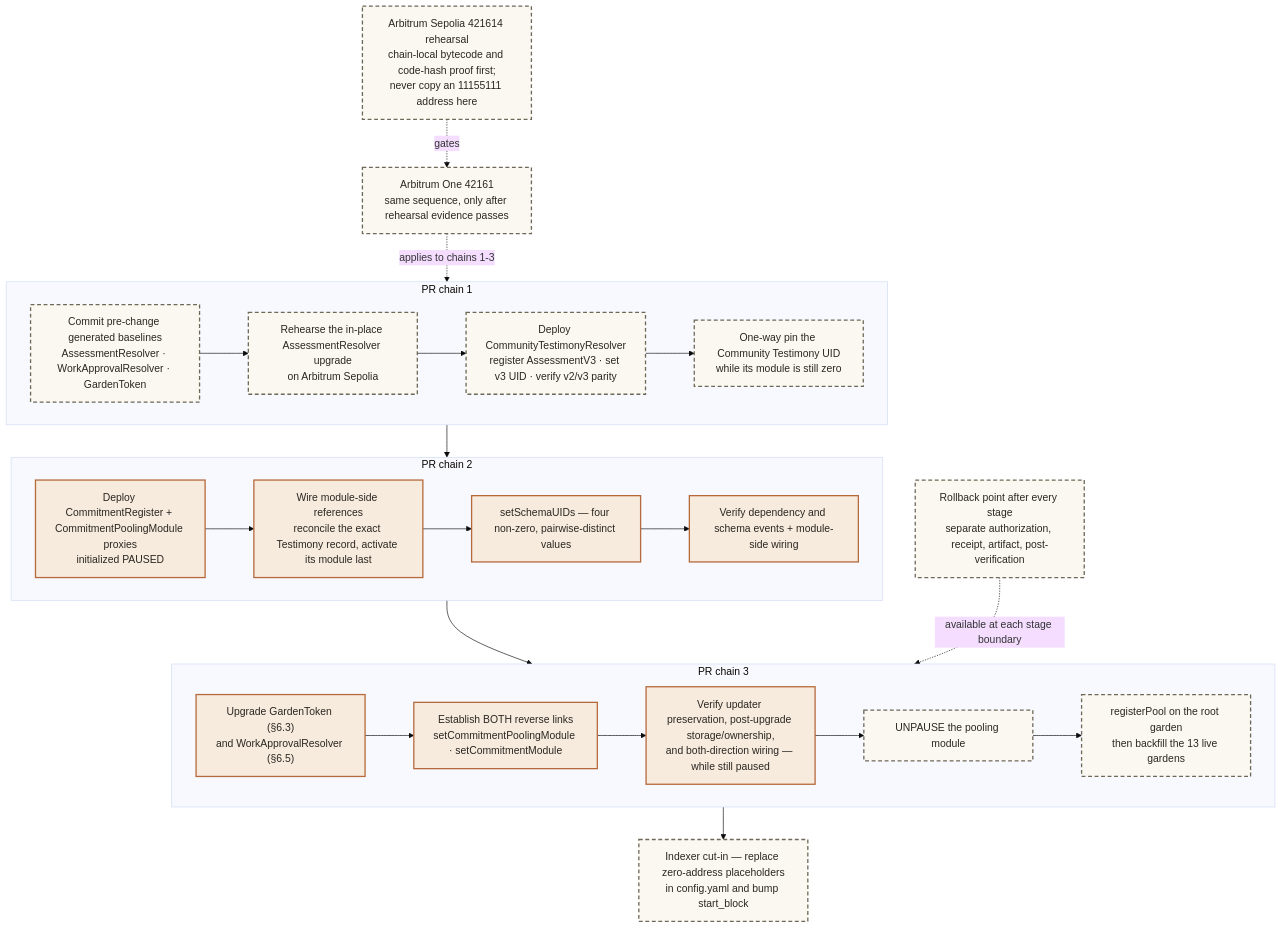
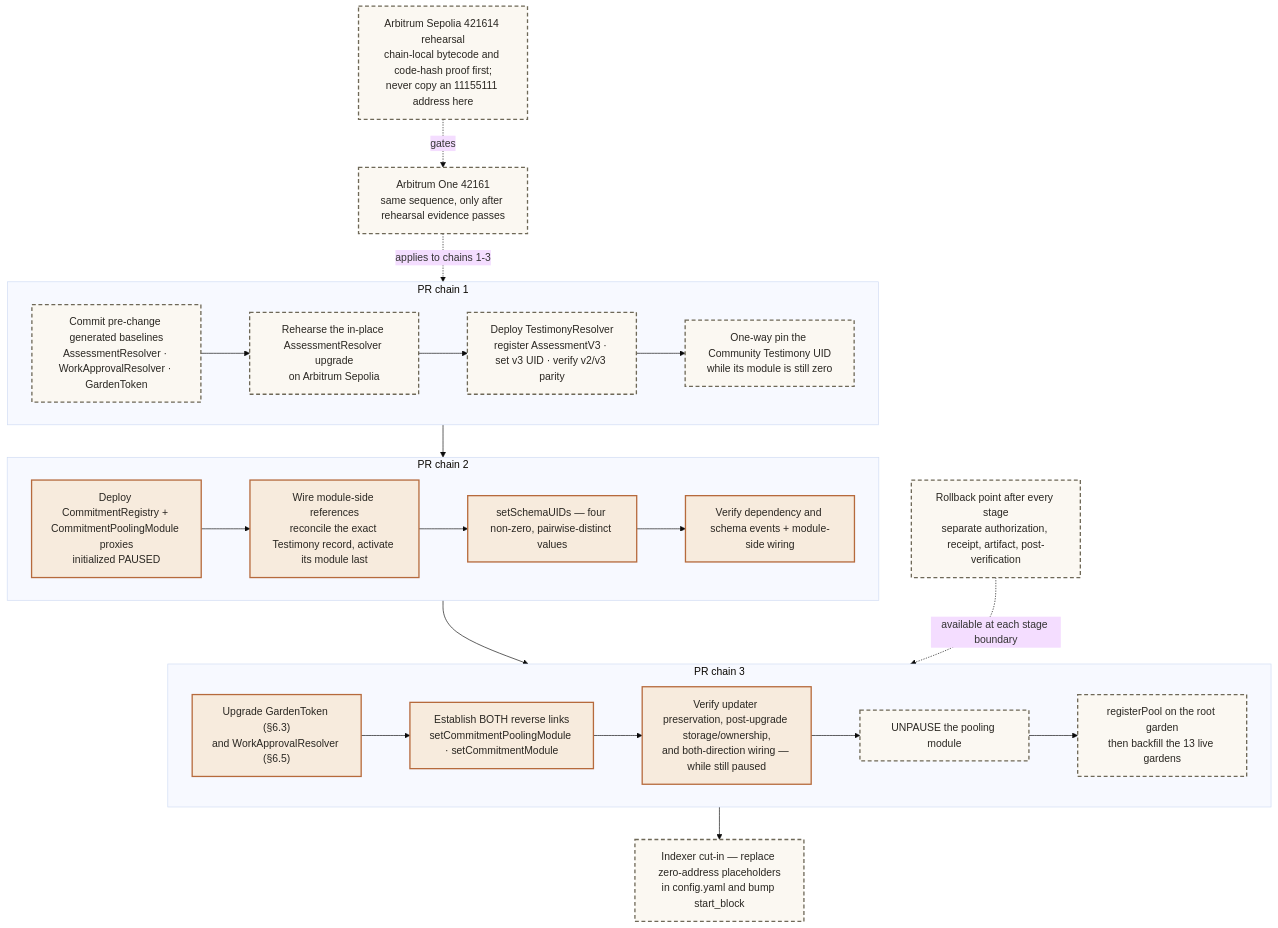
Before and after one commit to greenpill-dev-guild/green-goods: diagram 31 of 38 in .plans/active/commitment-pooling/diagrams.md, drawn with Mermaid (base theme). The commit also changed other lines of this file and 58 other files, not shown here.

First line of the commit message:
docs(plans): commitment pooling gallery polish + CPP-alignment + exchange wave (#687)

````diff
--- a/.plans/active/commitment-pooling/diagrams.md
+++ b/.plans/active/commitment-pooling/diagrams.md
@@ -1680,44 +1662,44 @@
 ```mermaid
 flowchart TB
   subgraph C1["PR chain 1"]
     A1["Commit pre-change generated baselines<br/>AssessmentResolver · WorkApprovalResolver · GardenToken"]
     A2["Rehearse the in-place AssessmentResolver upgrade<br/>on Arbitrum Sepolia"]
-    A3["Deploy CommunityTestimonyResolver<br/>register AssessmentV3 · set v3 UID · verify v2/v3 parity"]
+    A3["Deploy TestimonyResolver<br/>register AssessmentV3 · set v3 UID · verify v2/v3 parity"]
     A4["One-way pin the Community Testimony UID<br/>while its module is still zero"]
     A1 --> A2 --> A3 --> A4
   end
 
   subgraph C2["PR chain 2"]
-    B1["Deploy CommitmentRegister + CommitmentPoolingModule proxies<br/>initialized PAUSED"]
+    B1["Deploy CommitmentRegistry + CommitmentPoolingModule proxies<br/>initialized PAUSED"]
     B2["Wire module-side references<br/>reconcile the exact Testimony record, activate its module last"]
     B3["setSchemaUIDs — four non-zero, pairwise-distinct values"]
     B4["Verify dependency and schema events + module-side wiring"]
     B1 --> B2 --> B3 --> B4
   end
 
   subgraph C3["PR chain 3"]
     D1["Upgrade GardenToken (§6.3)<br/>and WorkApprovalResolver (§6.5)"]
     D2["Establish BOTH reverse links<br/>setCommitmentPoolingModule · setCommitmentModule"]
     D3["Verify updater preservation, post-upgrade storage/ownership,<br/>and both-direction wiring — while still paused"]
     D4["UNPAUSE the pooling module"]
     D5["registerPool on the root garden<br/>then backfill the 13 live gardens"]
     D1 --> D2 --> D3 --> D4 --> D5
   end
 
   C4["Indexer cut-in — replace zero-address placeholders<br/>in config.yaml and bump start_block"]
 
   REHEARSE["Arbitrum Sepolia 421614 rehearsal<br/>chain-local bytecode and code-hash proof first;<br/>never copy an 11155111 address here"]
   MAINNET["Arbitrum One 42161<br/>same sequence, only after rehearsal evidence passes"]
   ROLLBACK["Rollback point after every stage<br/>separate authorization, receipt, artifact, post-verification"]
 
   C1 --> C2 --> C3 --> C4
   REHEARSE -.->|"gates"| MAINNET
   MAINNET -.->|"applies to chains 1-3"| C1
   ROLLBACK -.->|"available at each stage boundary"| C3
 
   classDef planned fill:#fbf8f2,stroke:#6e6857,stroke-width:2px,stroke-dasharray:6 4,color:#2a2722
   classDef paused fill:#f7ebdd,stroke:#b66a3c,stroke-width:2px,color:#2a2722
   class A1,A2,A3,A4,C4,REHEARSE,MAINNET,ROLLBACK planned
   class B1,B2,B3,B4,D1,D2,D3 paused
   class D4,D5 planned
 ```
````
